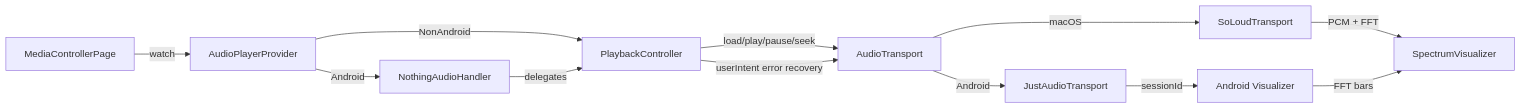
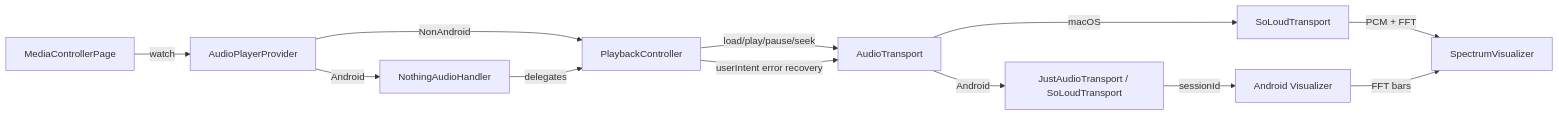
The first of 2 diagrams in docs/architecture/audio-playback-spectrum.md (maxim-saplin/nothingness), drawn with Mermaid before and after one commit. The commit also changed other lines of this file and 12 other files, not shown here.

Commit message:
SoLoud Fallback on Android

````diff
--- a/docs/architecture/audio-playback-spectrum.md
+++ b/docs/architecture/audio-playback-spectrum.md
@@ -37,14 +37,14 @@
 ```mermaid
 flowchart LR
   UI[MediaControllerPage] -->|watch| Provider[AudioPlayerProvider]
   Provider -->|Android| Handler[NothingAudioHandler]
   Provider -->|NonAndroid| Controller[PlaybackController]
   Handler -->|delegates| Controller
   Controller -->|load/play/pause/seek| Transport[AudioTransport]
     Transport -->|macOS| SoLoud[SoLoudTransport]
-    Transport -->|Android| JA[JustAudioTransport]
+    Transport -->|Android| JA[JustAudioTransport / SoLoudTransport]
     SoLoud -->|PCM + FFT| Vis[SpectrumVisualizer]
     JA -->|sessionId| Native[Android Visualizer]
     Native -->|FFT bars| Vis
     Controller -->|userIntent error recovery| Transport
 ```
````
